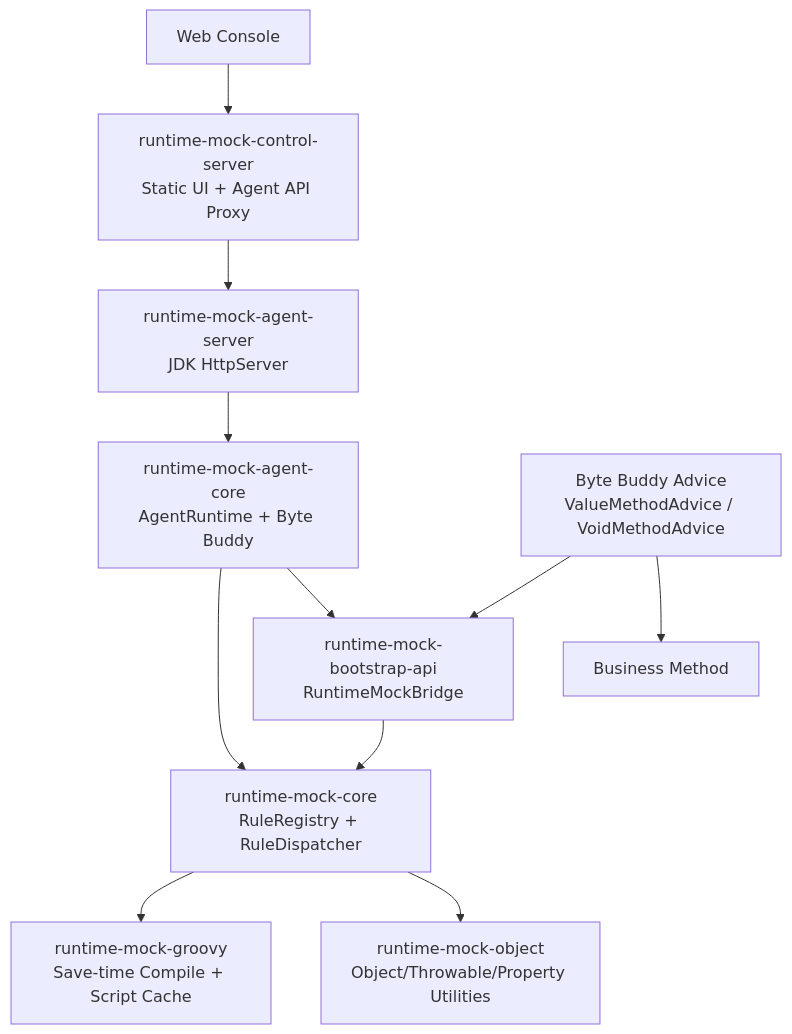
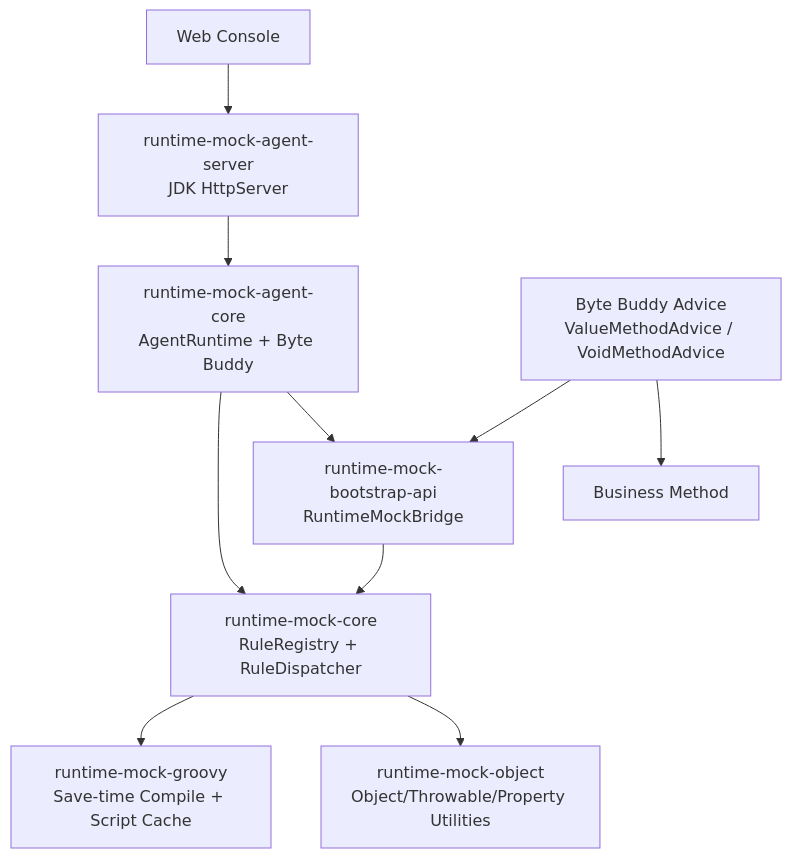
One commit to YongShuaiJi/kairo changed the diagram in Java 运行时 Mock 与故障注入系统 - 实现版三合一文档.md. Above: the diagram before and after it, drawn with Mermaid. The commit also changed other lines of this file and 104 other files, not shown here.

````diff
--- a/Java 运行时 Mock 与故障注入系统 - 实现版三合一文档.md
+++ b/Java 运行时 Mock 与故障注入系统 - 实现版三合一文档.md
@@ -90,24 +97,22 @@
 ```mermaid
 flowchart TB
     Browser["Web Console"]
-    Control["runtime-mock-control-server<br/>Static UI + Agent API Proxy"]
     AgentHttp["runtime-mock-agent-server<br/>JDK HttpServer"]
     AgentCore["runtime-mock-agent-core<br/>AgentRuntime + Byte Buddy"]
     Core["runtime-mock-core<br/>RuleRegistry + RuleDispatcher"]
     Groovy["runtime-mock-groovy<br/>Save-time Compile + Script Cache"]
     ObjectFactory["runtime-mock-object<br/>Object/Throwable/Property Utilities"]
     Bridge["runtime-mock-bootstrap-api<br/>RuntimeMockBridge"]
     Advice["Byte Buddy Advice<br/>ValueMethodAdvice / VoidMethodAdvice"]
     Biz["Business Method"]
 
-    Browser --> Control
-    Control --> AgentHttp
+    Browser --> AgentHttp
     AgentHttp --> AgentCore
     AgentCore --> Core
     Core --> Groovy
     Core --> ObjectFactory
     AgentCore --> Bridge
     Advice --> Bridge
     Bridge --> Core
     Advice --> Biz
 ```
````
